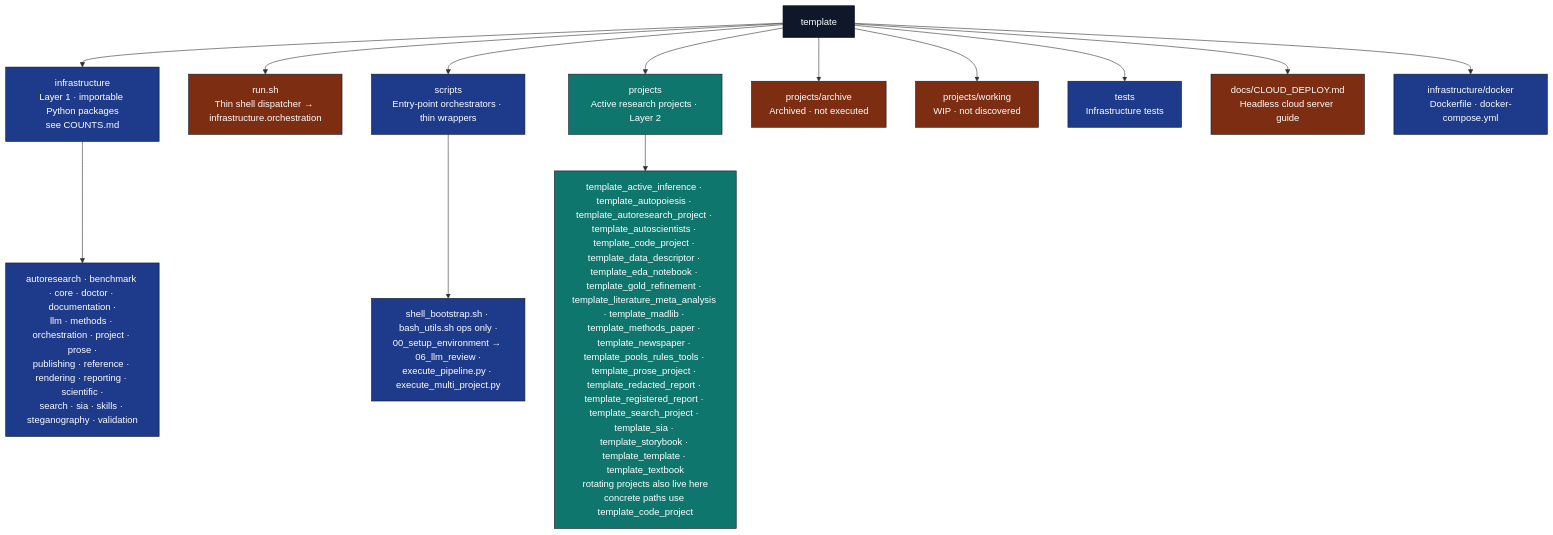
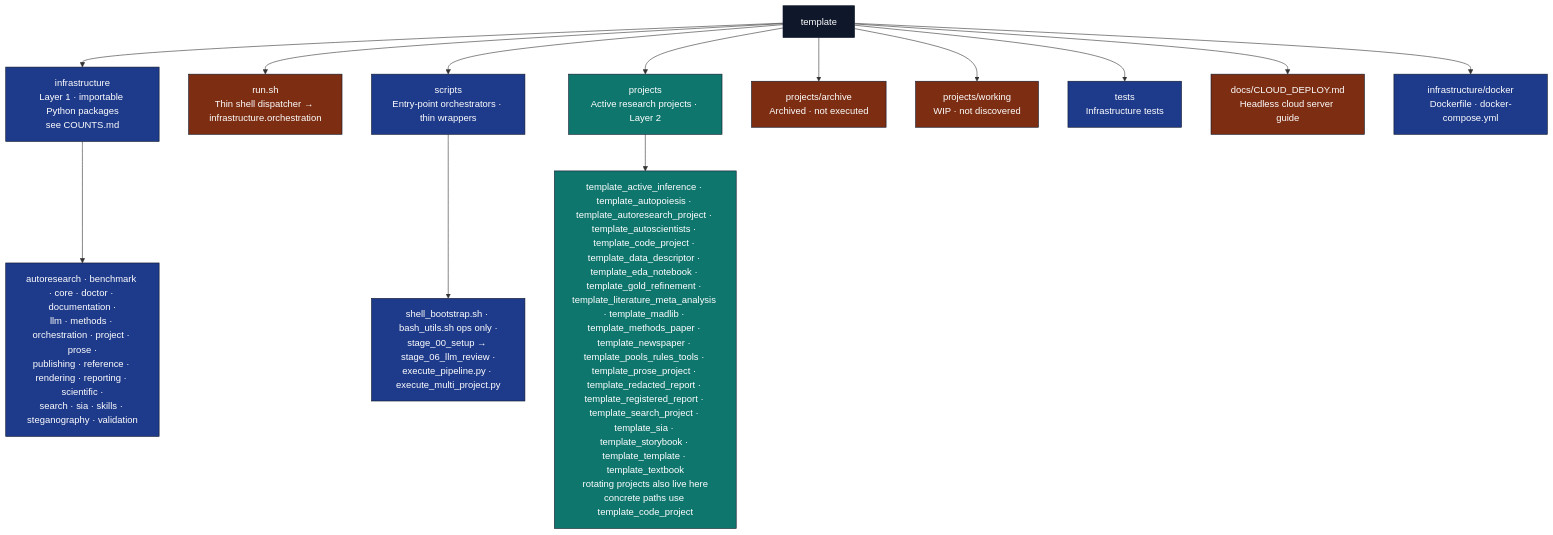
Before and after one commit to docxology/template: the diagram in docs/PAI.md, drawn with Mermaid. The commit also changed 15 other files, not shown here.

````diff
--- a/docs/PAI.md
+++ b/docs/PAI.md
@@ -69,28 +69,28 @@
 ```mermaid
 flowchart TB
     ROOT[template]
     ROOT --> INFRA[infrastructure<br/>Layer 1 · importable Python packages<br/>see COUNTS.md]
     ROOT --> RUN[run.sh<br/>Thin shell dispatcher → infrastructure.orchestration]
     ROOT --> SCR[scripts<br/>Entry-point orchestrators · thin wrappers]
     ROOT --> PROJ[projects<br/>Active research projects · Layer 2]
     ROOT --> ARCH[projects/archive<br/>Archived · not executed]
     ROOT --> WIP[projects/working<br/>WIP · not discovered]
     ROOT --> T[tests<br/>Infrastructure tests]
     ROOT --> DOCS[docs/CLOUD_DEPLOY.md<br/>Headless cloud server guide]
     ROOT --> DOCKER[infrastructure/docker<br/>Dockerfile · docker-compose.yml]
 
     INFRA --> INFRA_PKGS[autoresearch · benchmark · core · doctor · documentation ·<br/>llm · methods · orchestration · project · prose ·<br/>publishing · reference · rendering · reporting · scientific ·<br/>search · sia · skills · steganography · validation]
 
-    SCR --> SCR_FILES[shell_bootstrap.sh · bash_utils.sh ops only ·<br/>00_setup_environment → 06_llm_review ·<br/>execute_pipeline.py · execute_multi_project.py]
+    SCR --> SCR_FILES[shell_bootstrap.sh · bash_utils.sh ops only ·<br/>stage_00_setup → stage_06_llm_review ·<br/>execute_pipeline.py · execute_multi_project.py]
 
     PROJ --> PROJ_F["template_active_inference · template_autopoiesis · template_autoresearch_project · template_autoscientists · template_code_project · template_data_descriptor · template_eda_notebook · template_gold_refinement · template_literature_meta_analysis · template_madlib · template_methods_paper · template_newspaper · template_pools_rules_tools · template_prose_project · template_redacted_report · template_registered_report · template_search_project · template_sia · template_storybook · template_template · template_textbook<br/>rotating projects also live here<br/>concrete paths use template_code_project"]
 
     classDef root fill:#0f172a,stroke:#0f172a,color:#fff
     classDef l1 fill:#1e3a8a,stroke:#0f172a,color:#fff
     classDef l2 fill:#0f766e,stroke:#0f172a,color:#fff
     classDef gen fill:#7c2d12,stroke:#0f172a,color:#fff
     class ROOT root
     class INFRA,SCR,T,DOCKER,INFRA_PKGS,SCR_FILES l1
     class PROJ,PROJ_F l2
     class ARCH,WIP,DOCS,RUN gen
 ```
````
